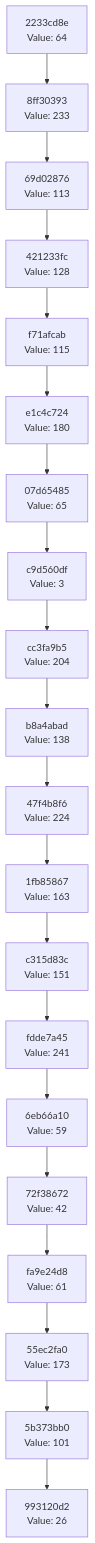
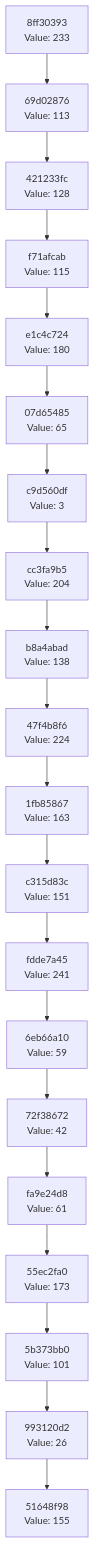
Before and after one commit to Abhisheksinha1506/hash-chain-evolver: the diagram in docs/CHAIN_VISUALIZATION.md, drawn with Mermaid. The commit also changed 2 other files, not shown here.

Commit message:
Evolution Step

````diff
--- a/docs/CHAIN_VISUALIZATION.md
+++ b/docs/CHAIN_VISUALIZATION.md
@@ -3,42 +3,42 @@
 ```mermaid
 graph TD
-    C0["993120d2<br/>Value: 26"]
-    C1["5b373bb0<br/>Value: 101"]
+    C0["51648f98<br/>Value: 155"]
+    C1["993120d2<br/>Value: 26"]
     C1 --> C0
-    C2["55ec2fa0<br/>Value: 173"]
+    C2["5b373bb0<br/>Value: 101"]
     C2 --> C1
-    C3["fa9e24d8<br/>Value: 61"]
+    C3["55ec2fa0<br/>Value: 173"]
     C3 --> C2
-    C4["72f38672<br/>Value: 42"]
+    C4["fa9e24d8<br/>Value: 61"]
     C4 --> C3
-    C5["6eb66a10<br/>Value: 59"]
+    C5["72f38672<br/>Value: 42"]
     C5 --> C4
-    C6["fdde7a45<br/>Value: 241"]
+    C6["6eb66a10<br/>Value: 59"]
     C6 --> C5
-    C7["c315d83c<br/>Value: 151"]
+    C7["fdde7a45<br/>Value: 241"]
     C7 --> C6
-    C8["1fb85867<br/>Value: 163"]
+    C8["c315d83c<br/>Value: 151"]
     C8 --> C7
-    C9["47f4b8f6<br/>Value: 224"]
+    C9["1fb85867<br/>Value: 163"]
     C9 --> C8
-    C10["b8a4abad<br/>Value: 138"]
+    C10["47f4b8f6<br/>Value: 224"]
     C10 --> C9
-    C11["cc3fa9b5<br/>Value: 204"]
+    C11["b8a4abad<br/>Value: 138"]
     C11 --> C10
-    C12["c9d560df<br/>Value: 3"]
+    C12["cc3fa9b5<br/>Value: 204"]
     C12 --> C11
-    C13["07d65485<br/>Value: 65"]
+    C13["c9d560df<br/>Value: 3"]
     C13 --> C12
-    C14["e1c4c724<br/>Value: 180"]
+    C14["07d65485<br/>Value: 65"]
     C14 --> C13
-    C15["f71afcab<br/>Value: 115"]
+    C15["e1c4c724<br/>Value: 180"]
     C15 --> C14
-    C16["421233fc<br/>Value: 128"]
+    C16["f71afcab<br/>Value: 115"]
     C16 --> C15
-    C17["69d02876<br/>Value: 113"]
+    C17["421233fc<br/>Value: 128"]
     C17 --> C16
-    C18["8ff30393<br/>Value: 233"]
+    C18["69d02876<br/>Value: 113"]
     C18 --> C17
-    C19["2233cd8e<br/>Value: 64"]
+    C19["8ff30393<br/>Value: 233"]
     C19 --> C18
 ```
````
